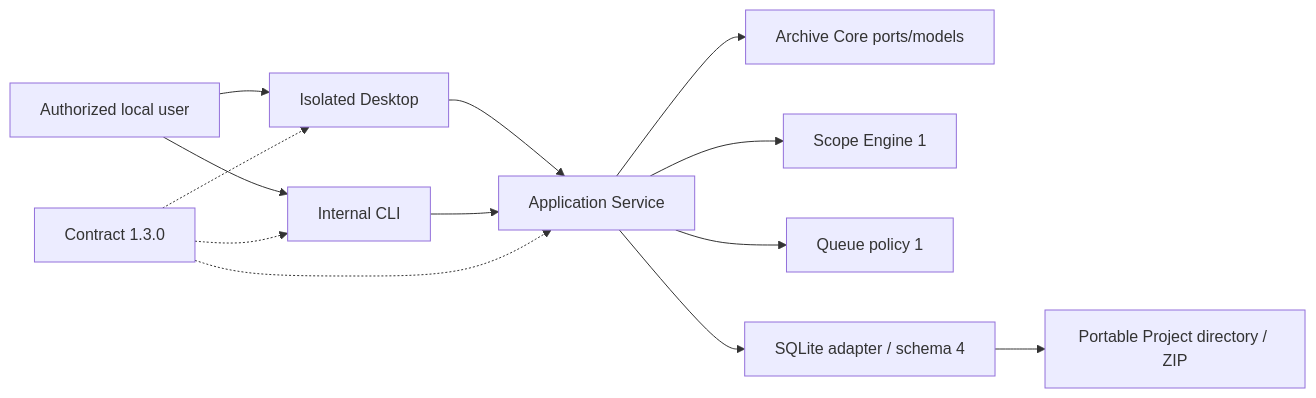
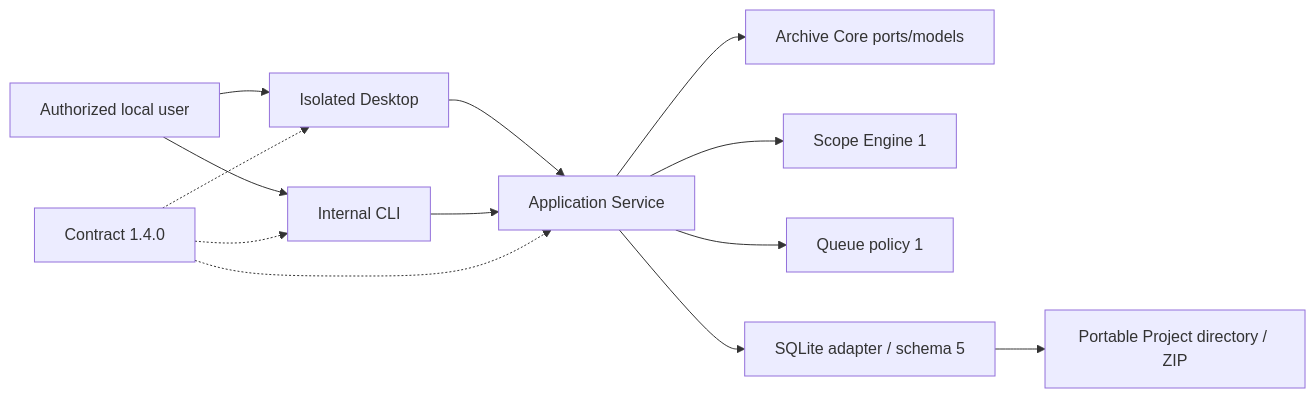
One commit to sasanzare/OfflineWebArchiver changed the diagram in docs/architecture/SYSTEM_CONTEXT.md. Above: the diagram before and after it, drawn with Mermaid. The commit also changed other lines of this file and 158 other files, not shown here.

````diff
--- a/docs/architecture/SYSTEM_CONTEXT.md
+++ b/docs/architecture/SYSTEM_CONTEXT.md
@@ -7,15 +7,15 @@
 ```mermaid
 flowchart LR
   User["Authorized local user"] --> Desktop["Isolated Desktop"]
   User --> CLI["Internal CLI"]
   Desktop --> Service["Application Service"]
   CLI --> Service
   Service --> Core["Archive Core ports/models"]
   Service --> Scope["Scope Engine 1"]
   Service --> Queue["Queue policy 1"]
-  Service --> Persistence["SQLite adapter / schema 4"]
+  Service --> Persistence["SQLite adapter / schema 5"]
   Persistence --> Files["Portable Project directory / ZIP"]
-  Contracts["Contract 1.3.0"] -.-> Desktop
+  Contracts["Contract 1.4.0"] -.-> Desktop
   Contracts -.-> CLI
   Contracts -.-> Service
 ```
````
